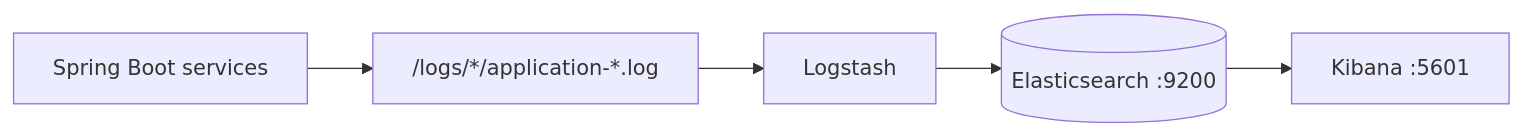
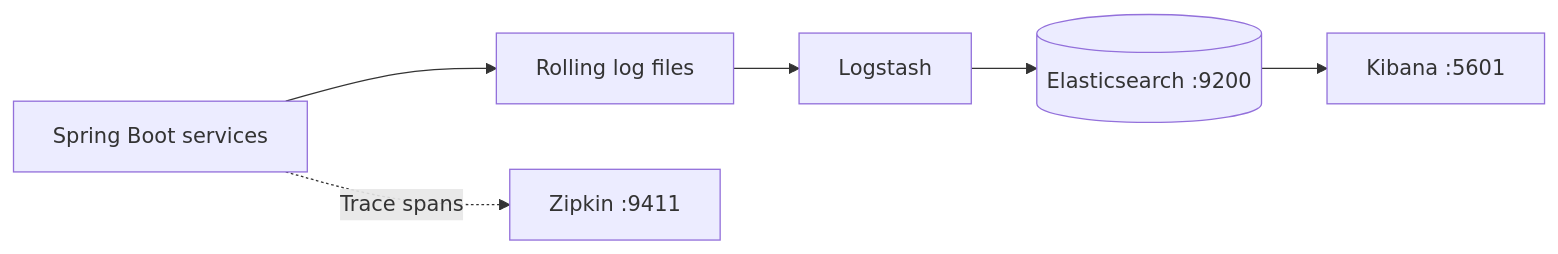
Before and after one commit to shubhgaur37/eCommerce: the second of 2 diagrams in README.md, drawn with Mermaid. The commit also changed other lines of this file and 1 other file, not shown here.

````diff
--- a/README.md
+++ b/README.md
@@ -244,7 +98,8 @@
 ```mermaid
 flowchart LR
-    services["Spring Boot services"] --> logs["/logs/*/application-*.log"]
+    services["Spring Boot services"] --> logs["Rolling log files"]
     logs --> logstash["Logstash"]
     logstash --> elasticsearch[("Elasticsearch :9200")]
     elasticsearch --> kibana["Kibana :5601"]
+    services -. "Trace spans" .-> zipkin["Zipkin :9411"]
 ```
````
